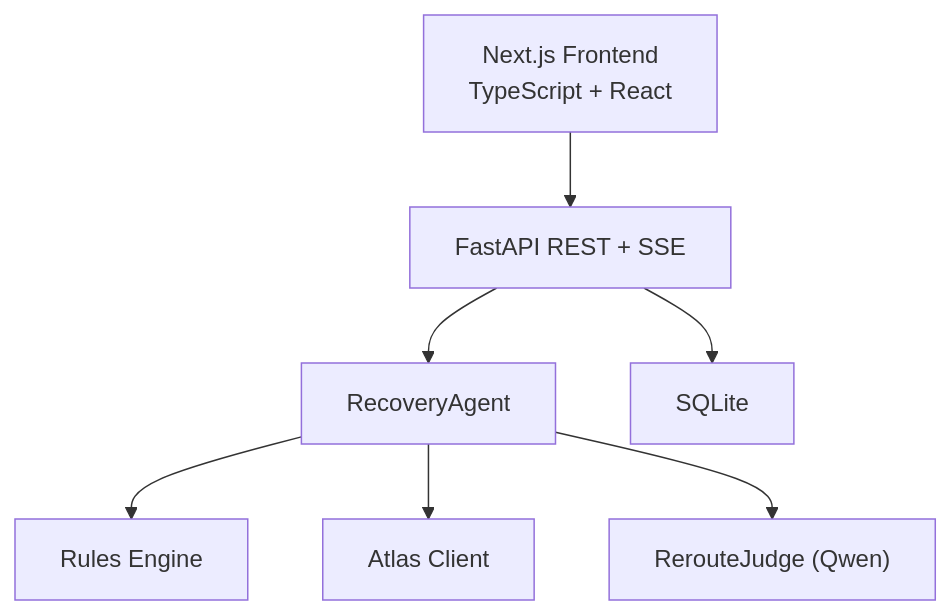
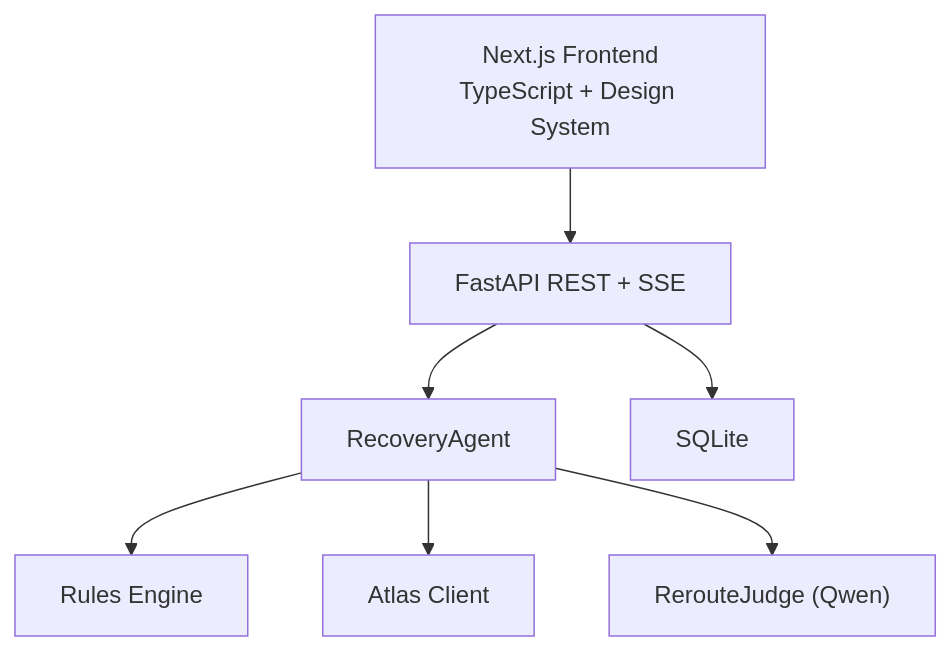
One commit to jaydonnnk/waypoint changed the first of 6 diagrams in .qoder/repowiki/en/content/Product Design/Real-Time Streaming Interface.md. Above: the diagram before and after it, drawn with Mermaid. The commit also changed other lines of this file and 20 other files, not shown here.

````diff
--- a/.qoder/repowiki/en/content/Product Design/Real-Time Streaming Interface.md
+++ b/.qoder/repowiki/en/content/Product Design/Real-Time Streaming Interface.md
@@ -58,9 +57,9 @@
 ```mermaid
 graph TB
-FE["Next.js Frontend<br/>TypeScript + React"] --> API["FastAPI REST + SSE"]
+FE["Next.js Frontend<br/>TypeScript + Design System"] --> API["FastAPI REST + SSE"]
 API --> Agent["RecoveryAgent"]
 Agent --> Rules["Rules Engine"]
 Agent --> Atlas["Atlas Client"]
 Agent --> Judge["RerouteJudge (Qwen)"]
 API --> DB["SQLite"]
 ```
````
